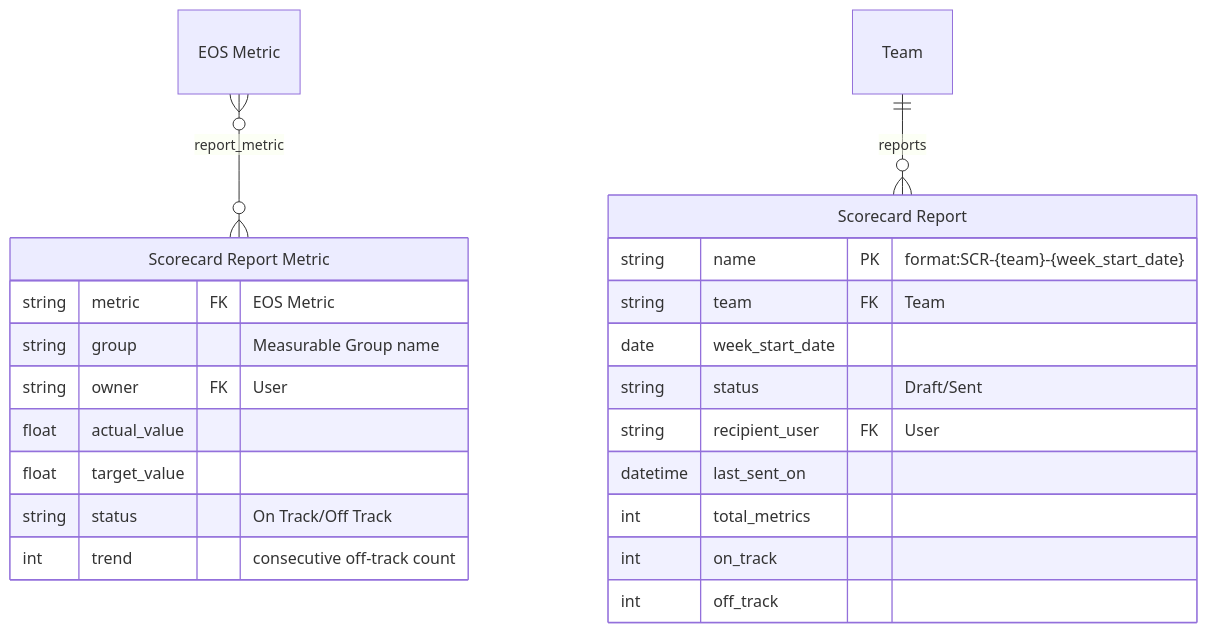
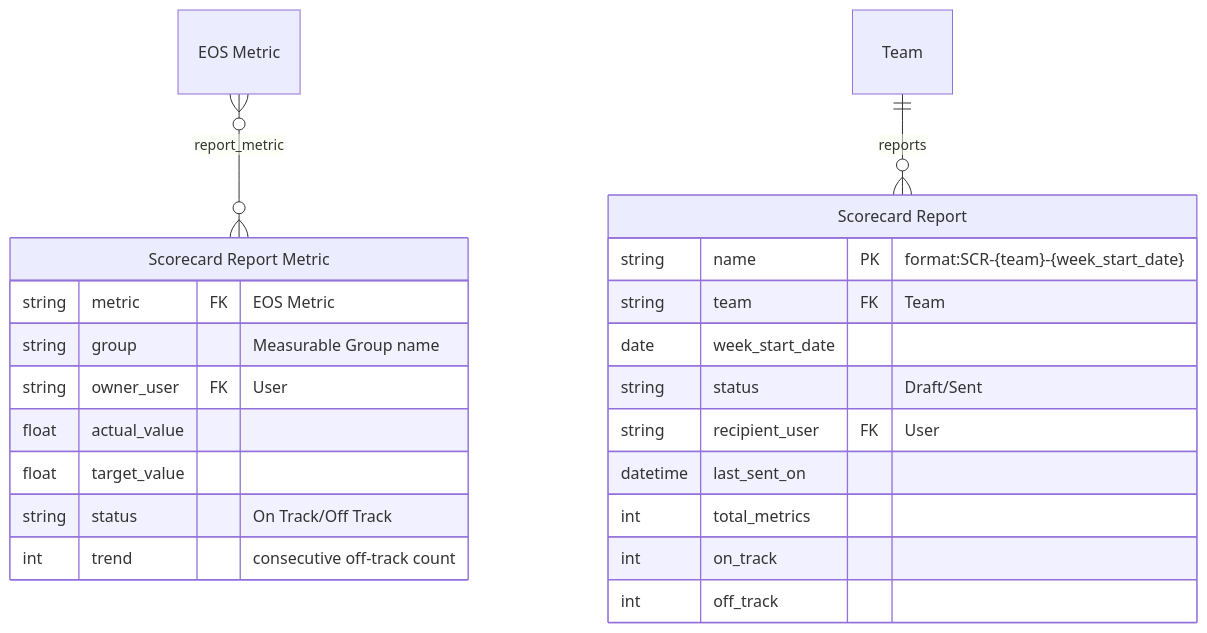
The fifth of 6 diagrams in docs/architecture.md (MohammedRaghib/EOS-Core), drawn with Mermaid before and after one commit. The commit also changed other lines of this file and 18 other files, not shown here.

````diff
--- a/docs/architecture.md
+++ b/docs/architecture.md
@@ -393,27 +426,27 @@
 ```mermaid
 erDiagram
     "EOS Metric" }o--o{ "Scorecard Report Metric" : report_metric
     Team ||--o{ "Scorecard Report" : reports
 
     "Scorecard Report" {
         string name PK "format:SCR-{team}-{week_start_date}"
         string team FK "Team"
         date week_start_date
         string status "Draft/Sent"
         string recipient_user FK "User"
         datetime last_sent_on
         int total_metrics
         int on_track
         int off_track
     }
 
     "Scorecard Report Metric" {
         string metric FK "EOS Metric"
         string group "Measurable Group name"
-        string owner FK "User"
+        string owner_user FK "User"
         float actual_value
         float target_value
         string status "On Track/Off Track"
         int trend "consecutive off-track count"
     }
 ```
````
